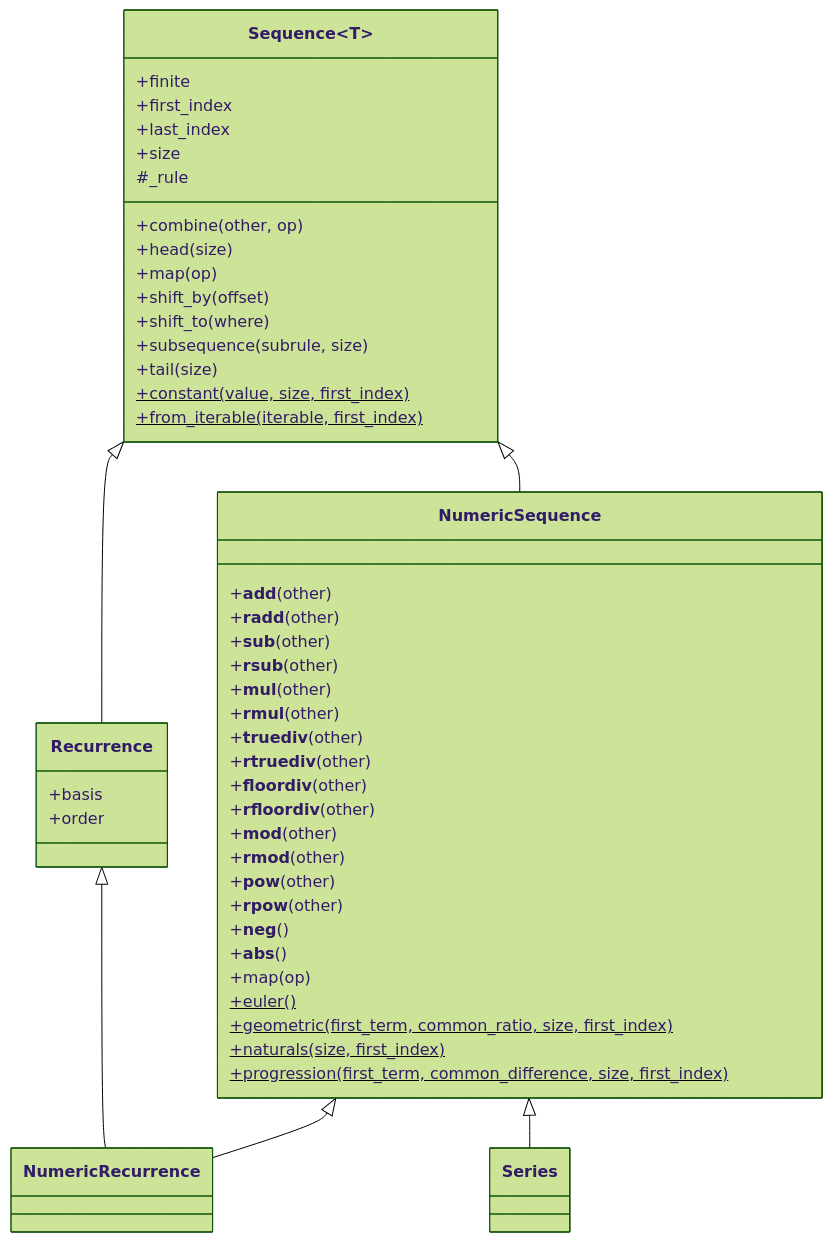
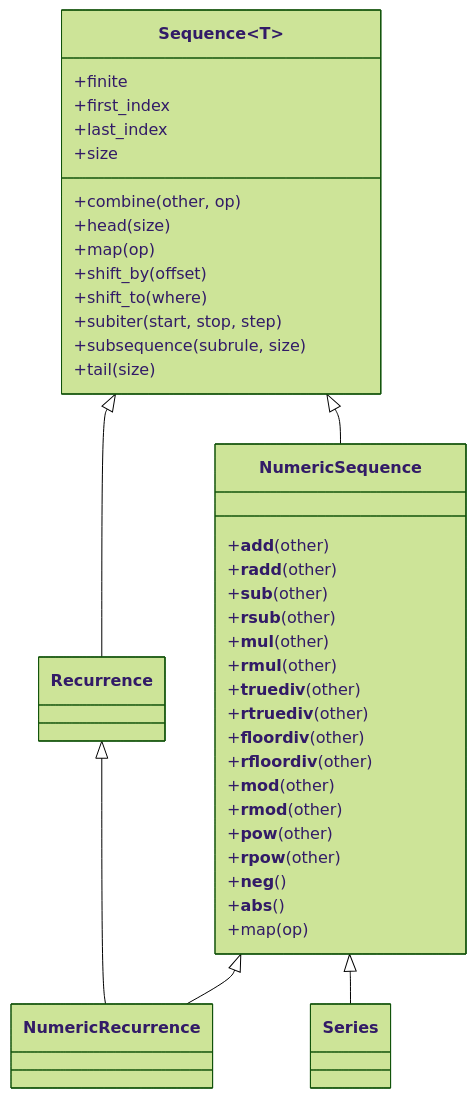
Before and after one commit to avikpln/calculus: the diagram in ARCHITECTURE.md, drawn with Mermaid (forest theme). The commit also changed other lines of this file and 2 other files, not shown here.

Commit message:
Update architecture diagram and conventions
Limits the architecture diagram in ARCHITECTURE.md to public instance
attributes and methods. Updates conventions in STYLE.md.

````diff
--- a/ARCHITECTURE.md
+++ b/ARCHITECTURE.md
@@ -8,57 +8,50 @@
 ```mermaid
 classDiagram
     class Sequence~T~ {
+        %% Attributes
         +finite
         +first_index
         +last_index
         +size
+
+        %% Methods
         +combine(other, op)
         +head(size)
         +map(op)
         +shift_by(offset)
         +shift_to(where)
+        +subiter(start, stop, step)
         +subsequence(subrule, size)
         +tail(size)
-        +constant(value, size, first_index)$
-        +from_iterable(iterable, first_index)$
-        #_rule
     }
 
     class NumericSequence {
+        %% Methods
         +__add__(other)
         +__radd__(other)
         +__sub__(other)
         +__rsub__(other)
         +__mul__(other)
         +__rmul__(other)
         +__truediv__(other)
         +__rtruediv__(other)
         +__floordiv__(other)
         +__rfloordiv__(other)
         +__mod__(other)
         +__rmod__(other)
         +__pow__(other)
         +__rpow__(other)
         +__neg__()
         +__abs__()
         +map(op)
-        +euler()$
-        +geometric(first_term, common_ratio, size, first_index)$
-        +naturals(size, first_index)$
-        +progression(first_term, common_difference, size, first_index)$
     }
 
     Sequence <|-- NumericSequence
-
-    class Recurrence {
-        +basis
-        +order
-    }
 
     Sequence <|-- Recurrence
 
     NumericSequence <|-- NumericRecurrence
     Recurrence <|-- NumericRecurrence
 
     NumericSequence <|-- Series
 ```
````
